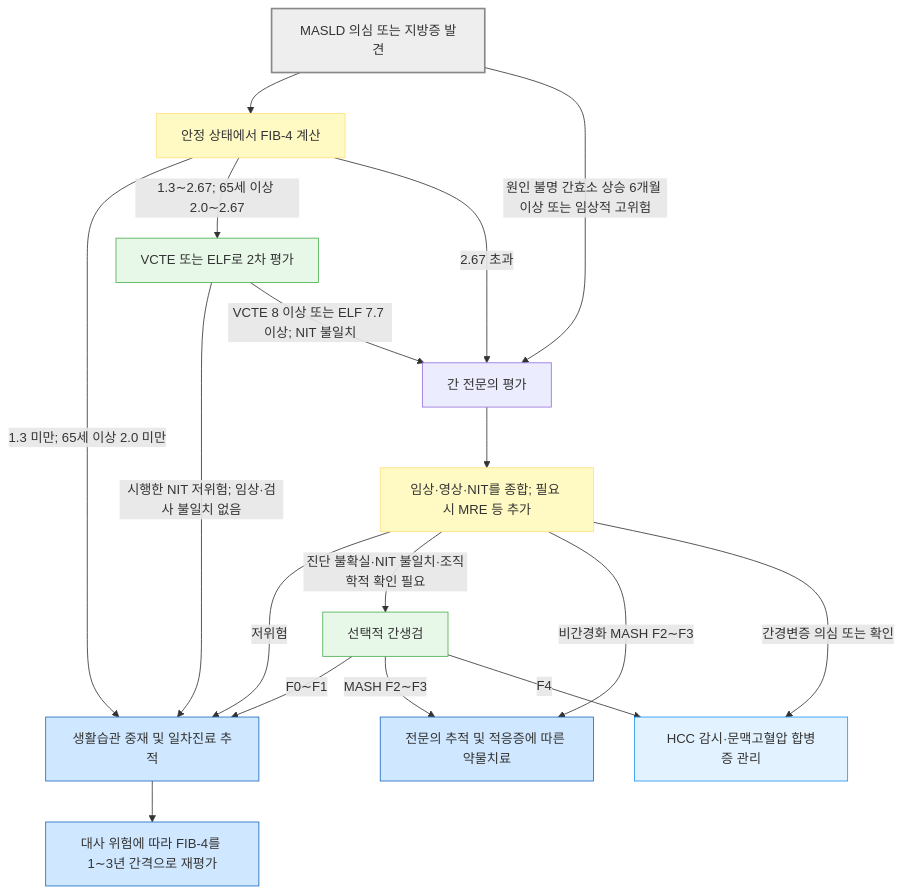
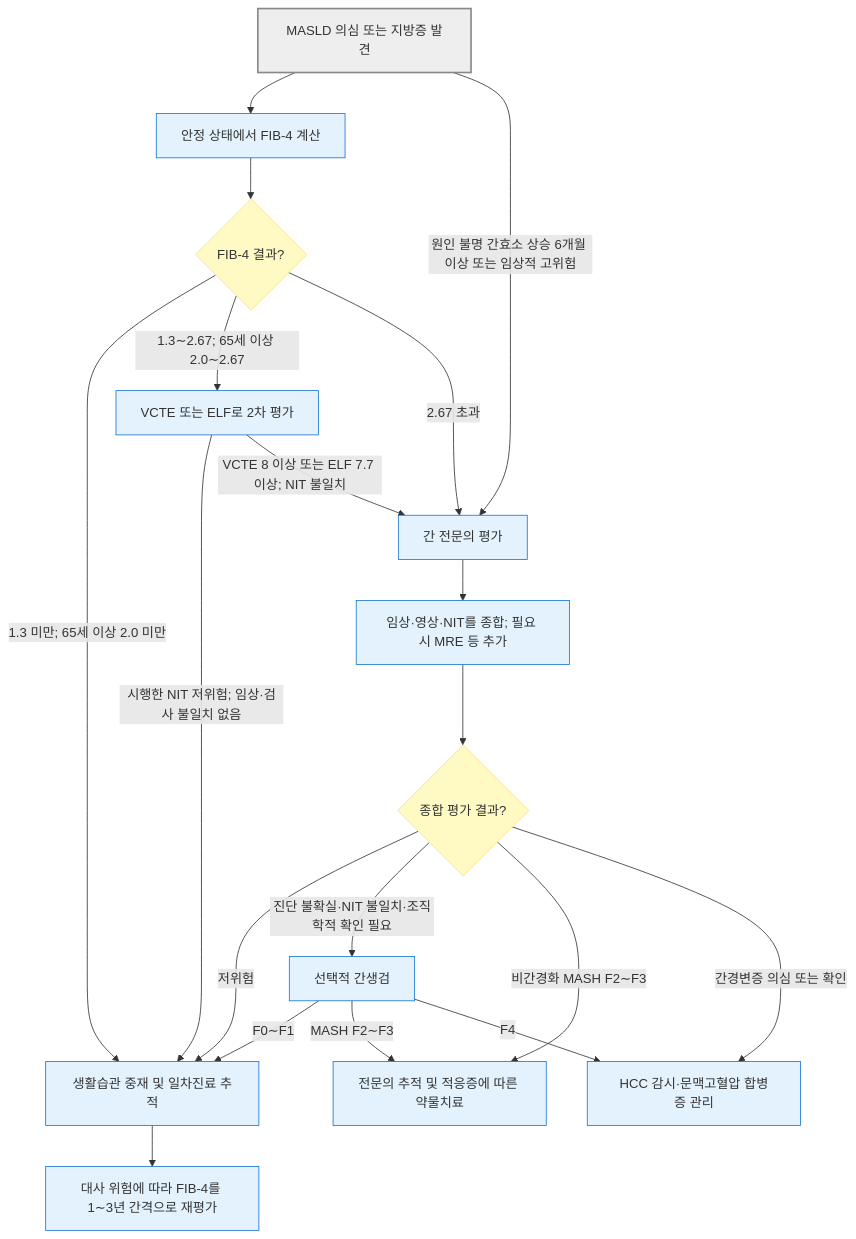
The diagram in 224_/093_-nafld.md (familyoh77/familyoh77), drawn with Mermaid before and after one commit. The commit also changed other lines of this file and 8 other files, not shown here.

````diff
--- a/224_/093_-nafld.md
+++ b/224_/093_-nafld.md
@@ -217,29 +217,27 @@
 ```mermaid
 flowchart TD
     A["MASLD 의심 또는 지방증 발견"] --> B["안정 상태에서 FIB-4 계산"]
-    B -->|"1.3 미만; 65세 이상 2.0 미만"| C["생활습관 중재 및 일차진료 추적"]
+    B --> BQ{"FIB-4 결과?"}
+    BQ -->|"1.3 미만; 65세 이상 2.0 미만"| C["생활습관 중재 및 일차진료 추적"]
     C --> C2["대사 위험에 따라 FIB-4를 1∼3년 간격으로 재평가"]
-    B -->|"1.3∼2.67; 65세 이상 2.0∼2.67"| D["VCTE 또는 ELF로 2차 평가"]
-    B -->|"2.67 초과"| G["간 전문의 평가"]
+    BQ -->|"1.3∼2.67; 65세 이상 2.0∼2.67"| D["VCTE 또는 ELF로 2차 평가"]
+    BQ -->|"2.67 초과"| G["간 전문의 평가"]
     A -->|"원인 불명 간효소 상승 6개월 이상 또는 임상적 고위험"| G
     D -->|"시행한 NIT 저위험; 임상·검사 불일치 없음"| C
     D -->|"VCTE 8 이상 또는 ELF 7.7 이상; NIT 불일치"| G
     G --> E["임상·영상·NIT를 종합; 필요 시 MRE 등 추가"]
-    E -->|"저위험"| C
-    E -->|"진단 불확실·NIT 불일치·조직학적 확인 필요"| F["선택적 간생검"]
-    E -->|"비간경화 MASH F2∼F3"| H["전문의 추적 및 적응증에 따른 약물치료"]
-    E -->|"간경변증 의심 또는 확인"| I["HCC 감시·문맥고혈압 합병증 관리"]
+    E --> EQ{"종합 평가 결과?"}
+    EQ -->|"저위험"| C
+    EQ -->|"진단 불확실·NIT 불일치·조직학적 확인 필요"| F["선택적 간생검"]
+    EQ -->|"비간경화 MASH F2∼F3"| H["전문의 추적 및 적응증에 따른 약물치료"]
+    EQ -->|"간경변증 의심 또는 확인"| I["HCC 감시·문맥고혈압 합병증 관리"]
     F -->|"F0∼F1"| C
     F -->|"MASH F2∼F3"| H
     F -->|"F4"| I
-
-style A fill:#eeeeee,stroke:#888888,stroke-width:2px
-classDef yellow fill:#fff9c4,stroke:#ffe082
-class B,E yellow
-classDef lightGreen fill:#e8f8e8,stroke:#4caf50
-class D,F lightGreen
-classDef blue fill:#d0e8ff,stroke:#1a6abf
-class C,C2,H blue
-classDef sky fill:#e3f2ff,stroke:#2196f3
-class I sky
+    classDef question fill:#fff9c4,stroke:#ffe082
+    classDef treatment fill:#e3f2fd,stroke:#1976d2
+    classDef emergency fill:#ffdddd,stroke:#d32f2f,stroke-width:2px
+    class BQ,EQ question
+    class B,C,C2,D,G,E,F,H,I treatment
+    style A fill:#eeeeee,stroke:#888888,stroke-width:2px
 ```
````
